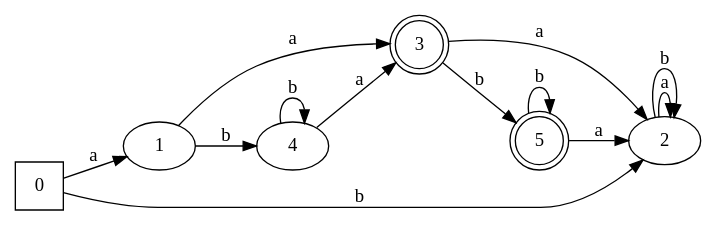
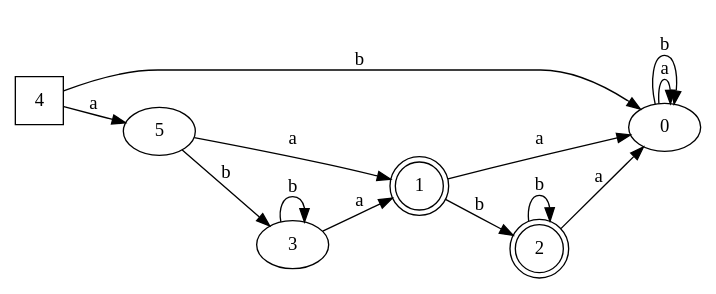
Before and after one commit to jav-ram/compis1: the diagram in graphs/afd/a.b*.a.b*.dot, drawn with Graphviz. The commit also changed 46 other files, not shown here.

```diff
--- a/graphs/afd/a.b*.a.b*.dot
+++ b/graphs/afd/a.b*.a.b*.dot
@@ -1,22 +1,22 @@
 digraph G {
 	rankdir=LR;
-	0->1[ label=a ];
-	0->2[ label=b ];
-	1->3[ label=a ];
-	1->4[ label=b ];
-	2->2[ label=a ];
+	0->0[ label=a ];
+	0->0[ label=b ];
+	1->0[ label=a ];
+	1->2[ label=b ];
+	3->1[ label=a ];
+	3->3[ label=b ];
+	2->0[ label=a ];
 	2->2[ label=b ];
-	3->2[ label=a ];
-	3->5[ label=b ];
-	4->3[ label=a ];
-	4->4[ label=b ];
-	5->2[ label=a ];
-	5->5[ label=b ];
-	0 [ shape=square ];
-	1;
-	2;
-	3 [ shape=doublecircle ];
-	4;
-	5 [ shape=doublecircle ];
+	4->5[ label=a ];
+	4->0[ label=b ];
+	5->1[ label=a ];
+	5->3[ label=b ];
+	0;
+	1 [ shape=doublecircle ];
+	2 [ shape=doublecircle ];
+	3;
+	4 [ shape=square ];
+	5;
 
 }
```
